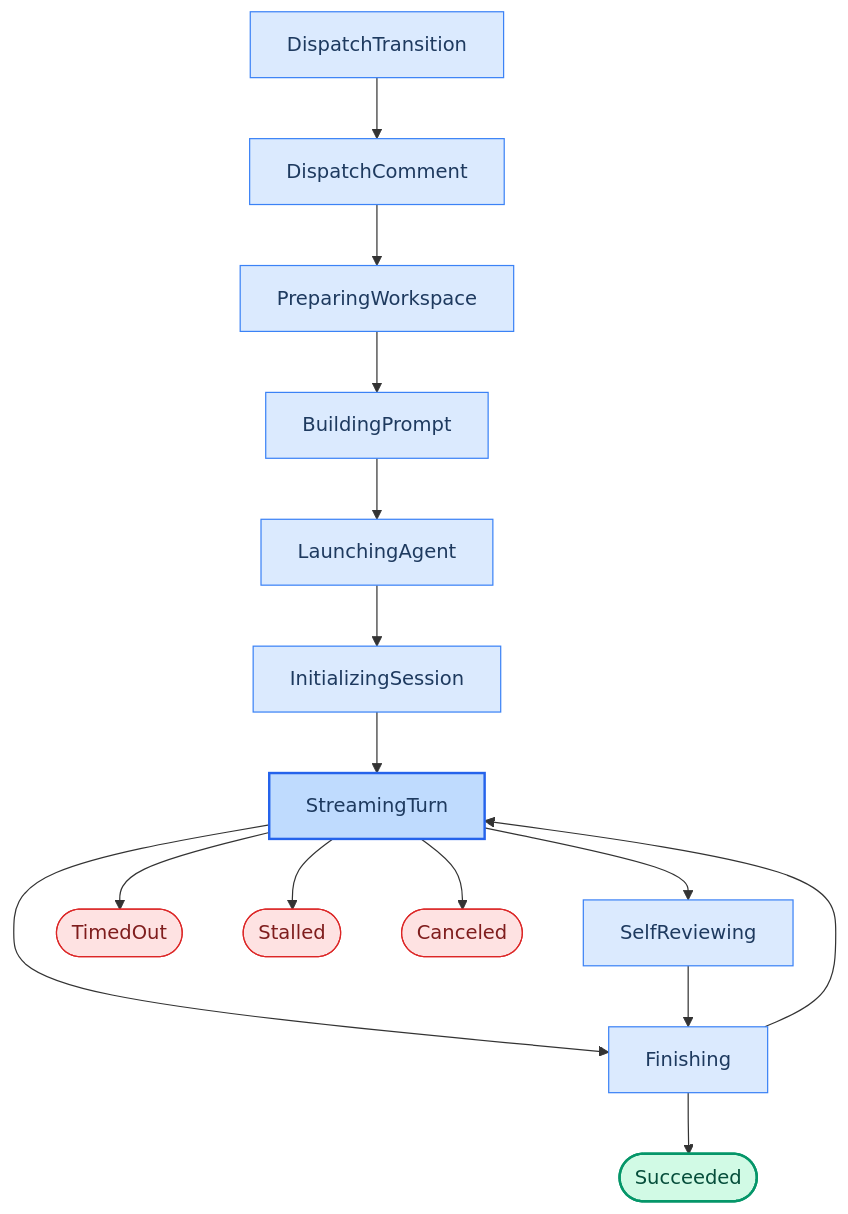
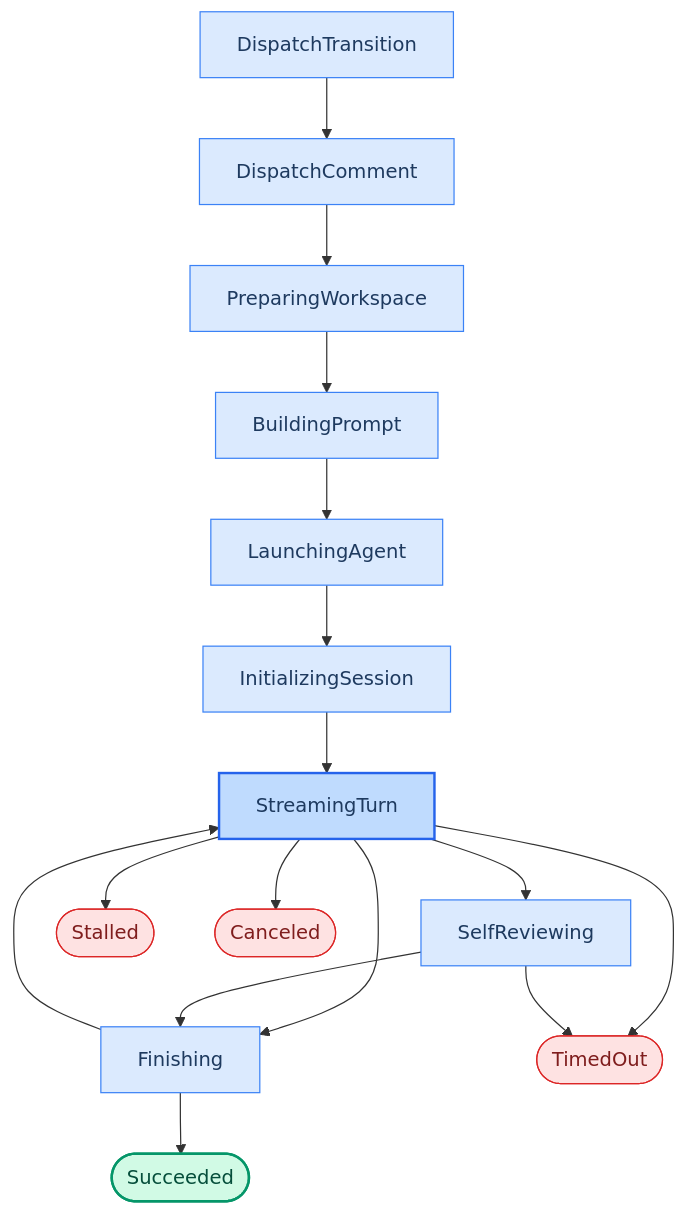
Before and after one commit to sortie-ai/docs: the second of 2 diagrams in content/reference/state-machine.md, drawn with Mermaid. The commit also changed other lines of this file, not shown here.

````diff
--- a/content/reference/state-machine.md
+++ b/content/reference/state-machine.md
@@ -108,29 +108,30 @@
 ```mermaid
 flowchart TD
     DT[DispatchTransition] --> DC[DispatchComment]
     DC --> PW[PreparingWorkspace]
     PW --> BP[BuildingPrompt]
     BP --> LA[LaunchingAgent]
     LA --> IS[InitializingSession]
     IS --> ST[StreamingTurn]
     ST --> FN[Finishing]
     ST --> SR[SelfReviewing]
     SR --> FN
 
     FN --> ST
     FN --> OK([Succeeded])
 
     ST --> TO([TimedOut])
+    SR --> TO
     ST --> SL([Stalled])
     ST --> CR([Canceled])
 
     classDef phase fill:#dbeafe,stroke:#3b82f6,color:#1e3a5f
     classDef active fill:#bfdbfe,stroke:#2563eb,color:#1e3a5f,stroke-width:2px
     classDef success fill:#d1fae5,stroke:#059669,color:#064e3b,stroke-width:2px
     classDef failure fill:#fee2e2,stroke:#dc2626,color:#7f1d1d
 
     class DT,DC,PW,BP,LA,IS,SR,FN phase
     class ST active
     class OK success
     class TO,SL,CR failure
 ```
````
